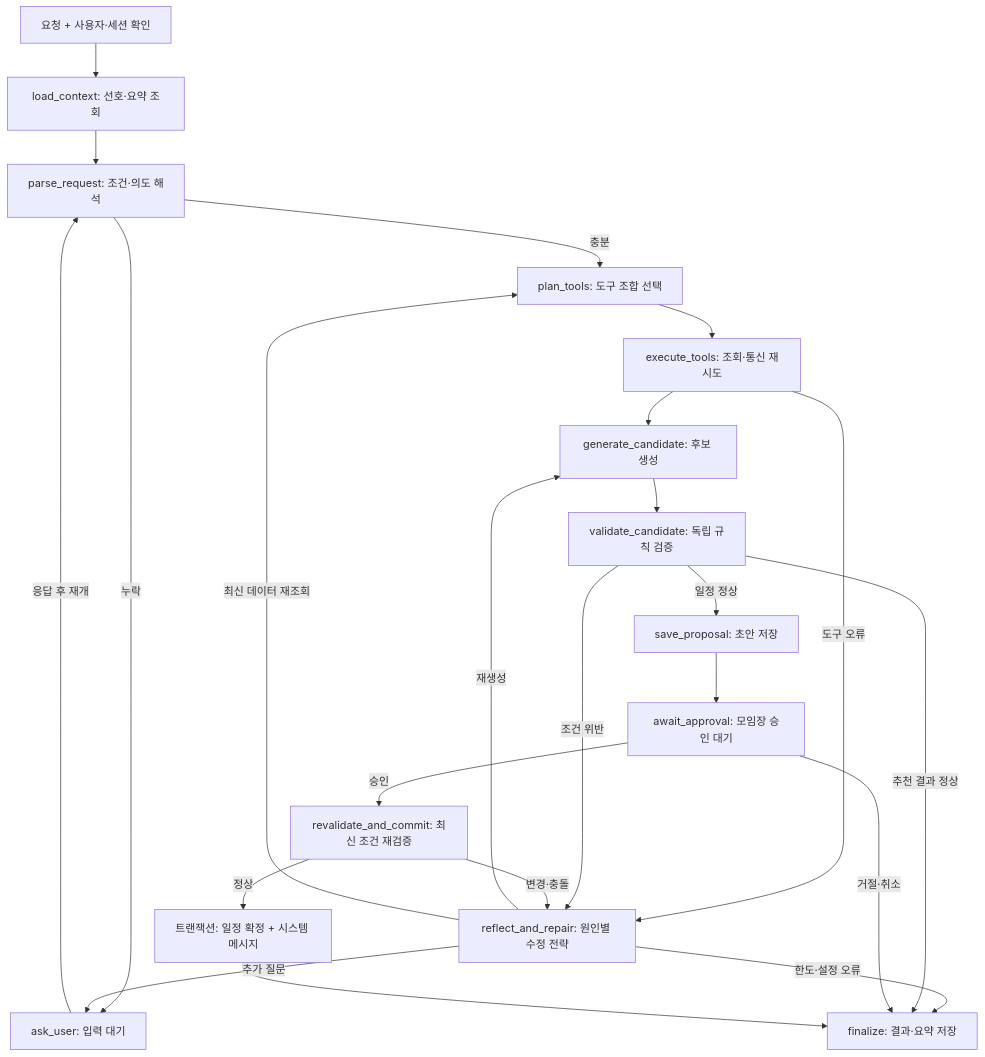
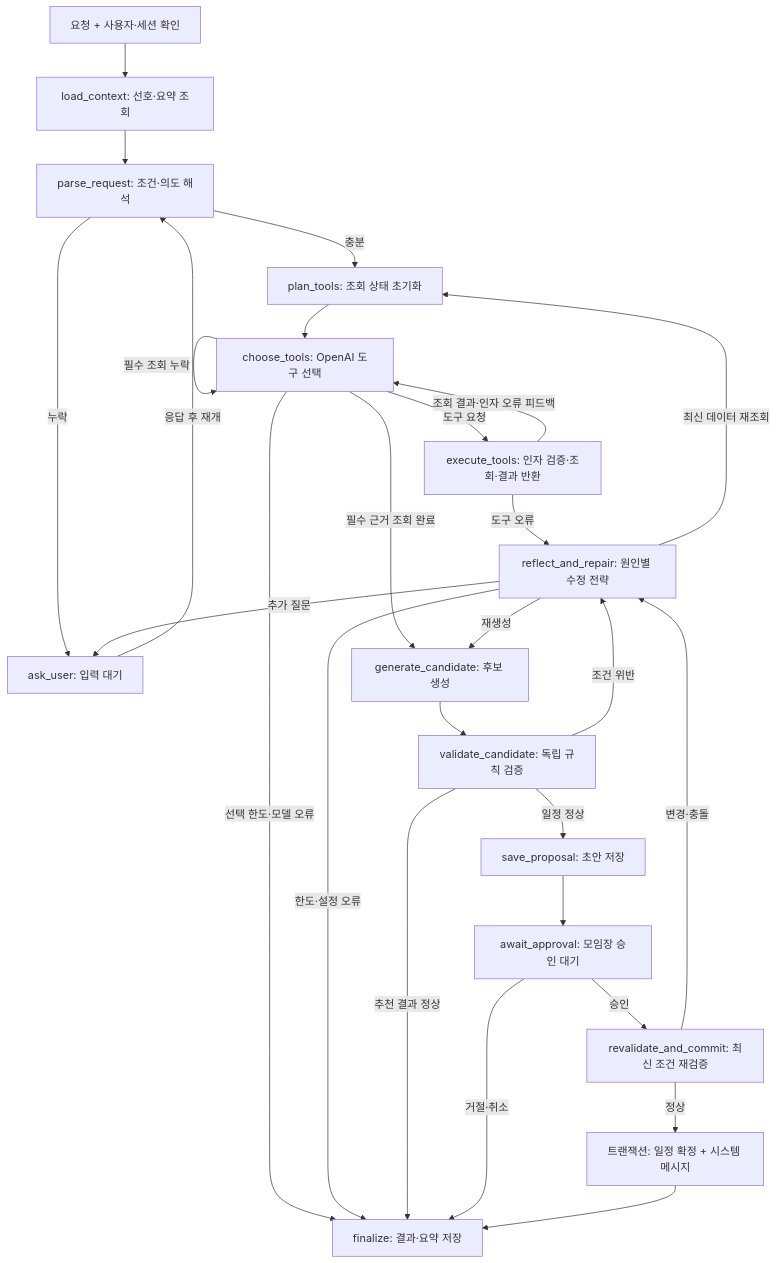
Before and after one commit to encore-ai-campus/aio-03-p2-team2: the diagram in docs/agent-workflow.md, drawn with Mermaid. The commit also changed other lines of this file and 15 other files, not shown here.

````diff
--- a/docs/agent-workflow.md
+++ b/docs/agent-workflow.md
@@ -7,25 +7,29 @@
 ```mermaid
 flowchart TD
     A[요청 + 사용자·세션 확인] --> B[load_context: 선호·요약 조회]
     B --> C[parse_request: 조건·의도 해석]
     C -->|누락| D[ask_user: 입력 대기]
     D -->|응답 후 재개| C
-    C -->|충분| E[plan_tools: 도구 조합 선택]
-    E --> F[execute_tools: 조회·통신 재시도]
-    F --> G[generate_candidate: 후보 생성]
+    C -->|충분| E[plan_tools: 조회 상태 초기화]
+    E --> T[choose_tools: OpenAI 도구 선택]
+    T -->|도구 요청| F[execute_tools: 인자 검증·조회·결과 반환]
+    F -->|조회 결과·인자 오류 피드백| T
+    T -->|필수 근거 조회 완료| G[generate_candidate: 후보 생성]
+    T -->|필수 조회 누락| T
+    T -->|선택 한도·모델 오류| Z[finalize: 결과·요약 저장]
     F -->|도구 오류| I[reflect_and_repair: 원인별 수정 전략]
     G --> H[validate_candidate: 독립 규칙 검증]
     H -->|조건 위반| I
     I -->|재생성| G
     I -->|최신 데이터 재조회| E
     I -->|추가 질문| D
-    I -->|한도·설정 오류| Z[finalize: 결과·요약 저장]
+    I -->|한도·설정 오류| Z
     H -->|추천 결과 정상| Z
     H -->|일정 정상| J[save_proposal: 초안 저장]
     J --> K[await_approval: 모임장 승인 대기]
     K -->|승인| L[revalidate_and_commit: 최신 조건 재검증]
     K -->|거절·취소| Z
     L -->|변경·충돌| I
     L -->|정상| M[트랜잭션: 일정 확정 + 시스템 메시지]
     M --> Z
 ```
````
